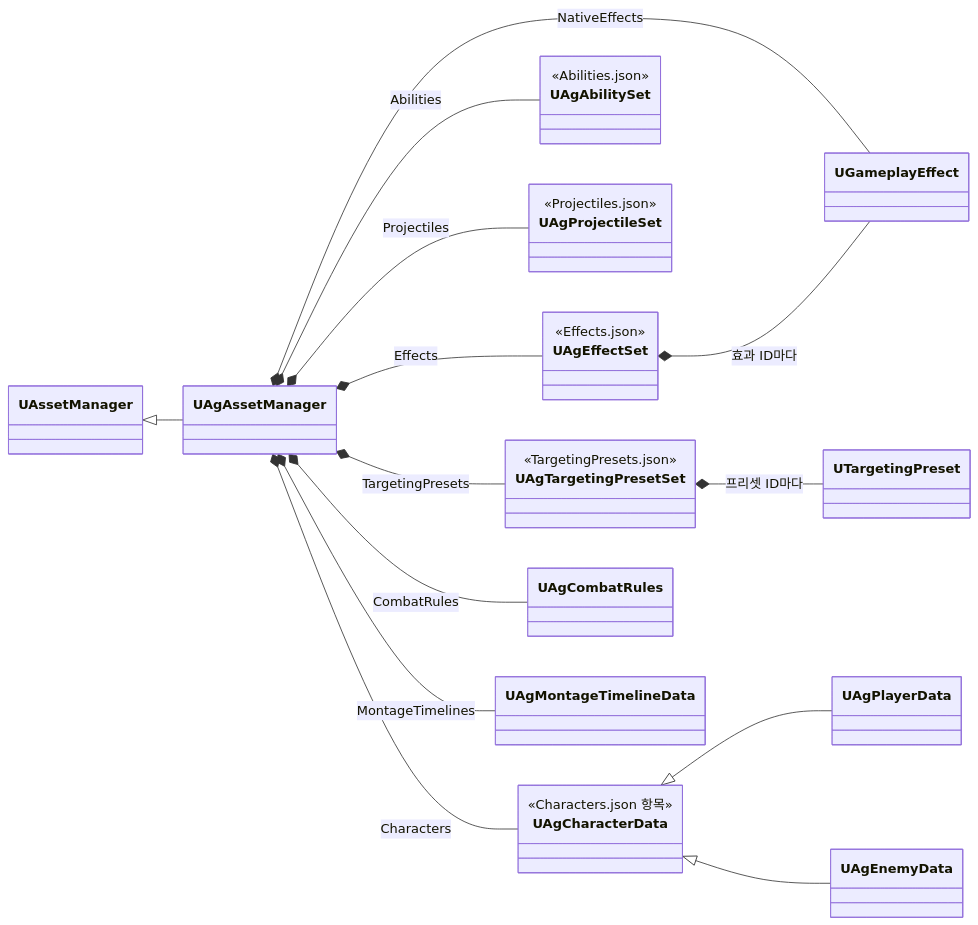
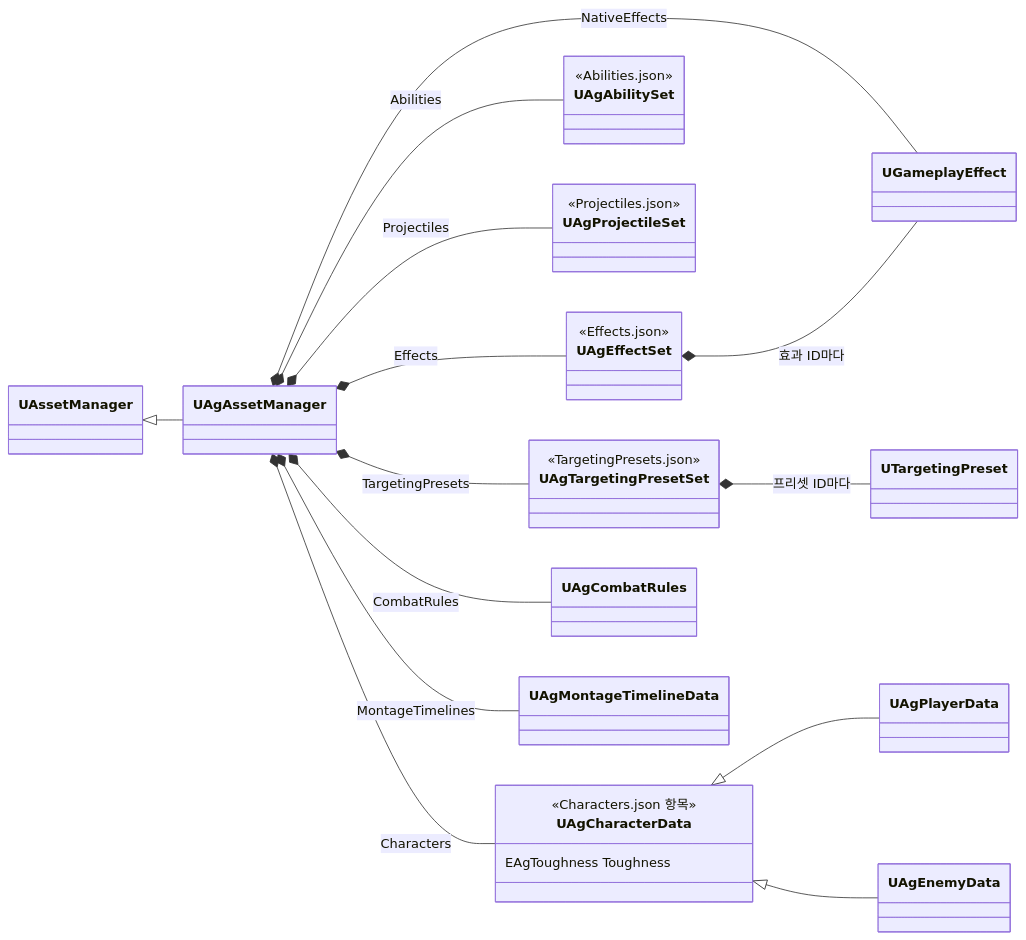
One commit to Woogl/Ag changed the second of 2 diagrams in Docs/Architecture/데이터 로딩과 스키마.md. Above: the diagram before and after it, drawn with Mermaid. The commit also changed other lines of this file and 31 other files, not shown here.

````diff
--- a/Docs/Architecture/데이터 로딩과 스키마.md
+++ b/Docs/Architecture/데이터 로딩과 스키마.md
@@ -170,32 +175,33 @@
 ```mermaid
 classDiagram
     direction LR
     class UAgEffectSet {
         <<Effects.json>>
     }
     class UAgAbilitySet {
         <<Abilities.json>>
     }
     class UAgProjectileSet {
         <<Projectiles.json>>
     }
     class UAgTargetingPresetSet {
         <<TargetingPresets.json>>
     }
     class UAgCharacterData {
         <<Characters.json 항목>>
+        EAgToughness Toughness
     }
     UAssetManager <|-- UAgAssetManager
     UAgAssetManager *-- UAgCombatRules : CombatRules
     UAgAssetManager *-- UAgEffectSet : Effects
     UAgAssetManager *-- UGameplayEffect : NativeEffects
     UAgAssetManager *-- UAgProjectileSet : Projectiles
     UAgAssetManager *-- UAgMontageTimelineData : MontageTimelines
     UAgAssetManager *-- UAgTargetingPresetSet : TargetingPresets
     UAgAssetManager *-- UAgAbilitySet : Abilities
     UAgAssetManager *-- UAgCharacterData : Characters
     UAgEffectSet *-- UGameplayEffect : 효과 ID마다
     UAgTargetingPresetSet *-- UTargetingPreset : 프리셋 ID마다
     UAgCharacterData <|-- UAgPlayerData
     UAgCharacterData <|-- UAgEnemyData
 ```
````
